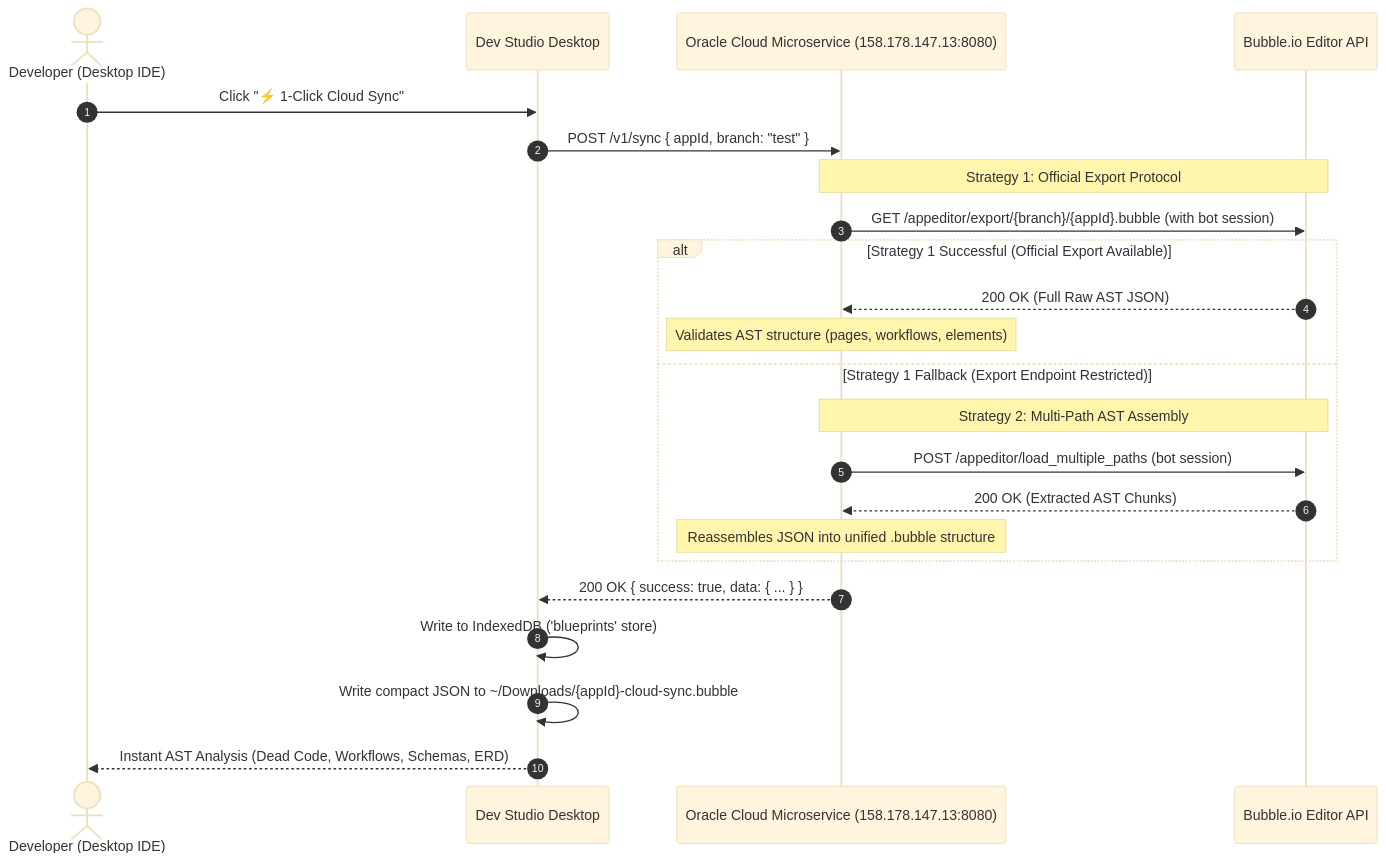
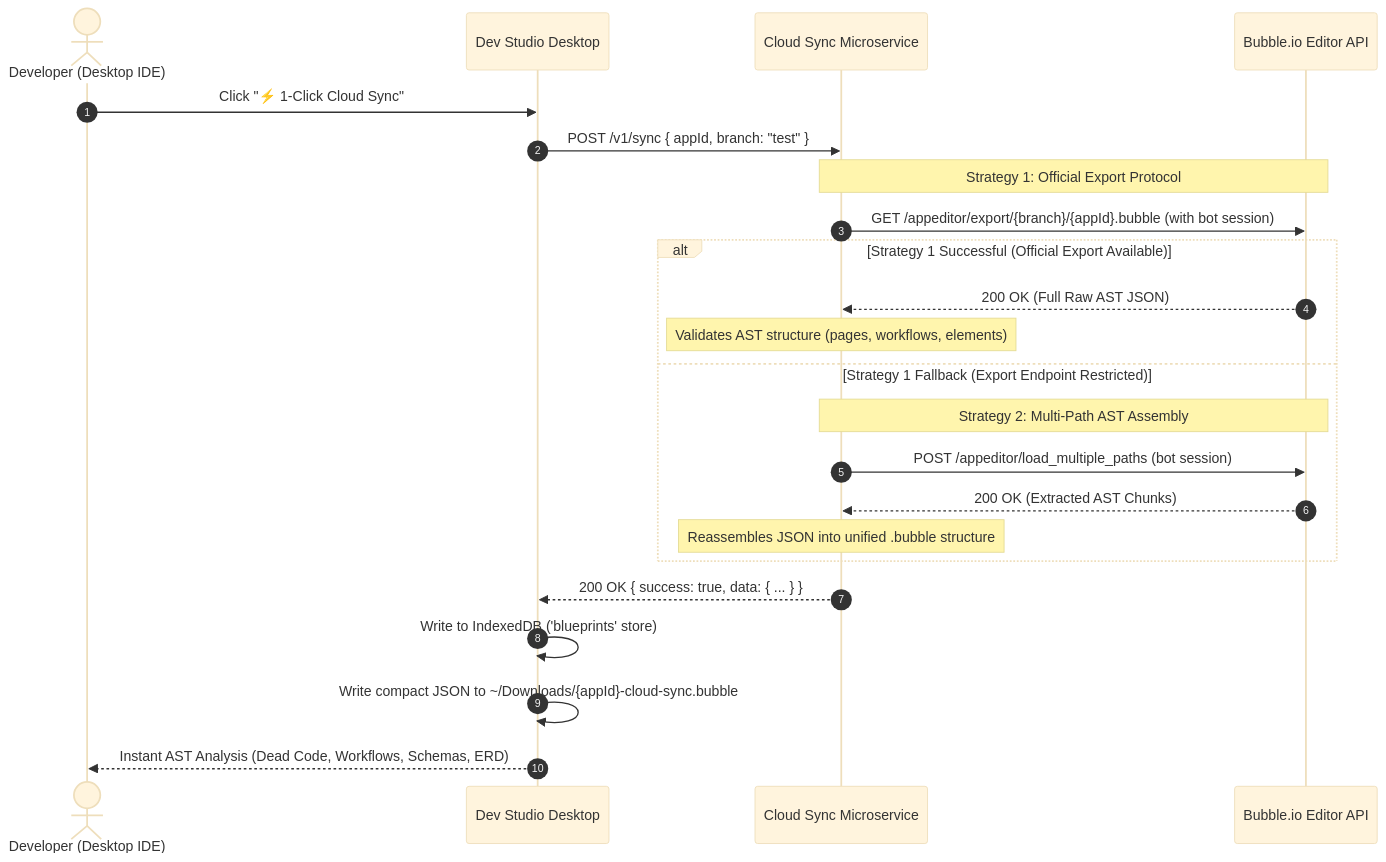
The diagram in docs/cloud-sync-guide.md (alexandrmotologa/bubble-io-dev-studio), drawn with Mermaid (base theme) before and after one commit. The commit also changed other lines of this file and 21 other files, not shown here.

````diff
--- a/docs/cloud-sync-guide.md
+++ b/docs/cloud-sync-guide.md
@@ -86,29 +86,29 @@
 ```mermaid
 sequenceDiagram
     autonumber
     actor Dev as Developer (Desktop IDE)
     participant IDE as Dev Studio Desktop
-    participant VM as Oracle Cloud Microservice (158.178.147.13:8080)
+    participant VM as Cloud Sync Microservice
     participant Bubble as Bubble.io Editor API
 
     Dev->>IDE: Click "⚡ 1-Click Cloud Sync"
     IDE->>VM: POST /v1/sync { appId, branch: "test" }
     
     Note over VM,Bubble: Strategy 1: Official Export Protocol
     VM->>Bubble: GET /appeditor/export/{branch}/{appId}.bubble (with bot session)
     
     alt Strategy 1 Successful (Official Export Available)
         Bubble-->>VM: 200 OK (Full Raw AST JSON)
         Note over VM: Validates AST structure (pages, workflows, elements)
     else Strategy 1 Fallback (Export Endpoint Restricted)
         Note over VM,Bubble: Strategy 2: Multi-Path AST Assembly
         VM->>Bubble: POST /appeditor/load_multiple_paths (bot session)
         Bubble-->>VM: 200 OK (Extracted AST Chunks)
         Note over VM: Reassembles JSON into unified .bubble structure
     end
 
     VM-->>IDE: 200 OK { success: true, data: { ... } }
     IDE->>IDE: Write to IndexedDB ('blueprints' store)
     IDE->>IDE: Write compact JSON to ~/Downloads/{appId}-cloud-sync.bubble
     IDE-->>Dev: Instant AST Analysis (Dead Code, Workflows, Schemas, ERD)
 ```
````
